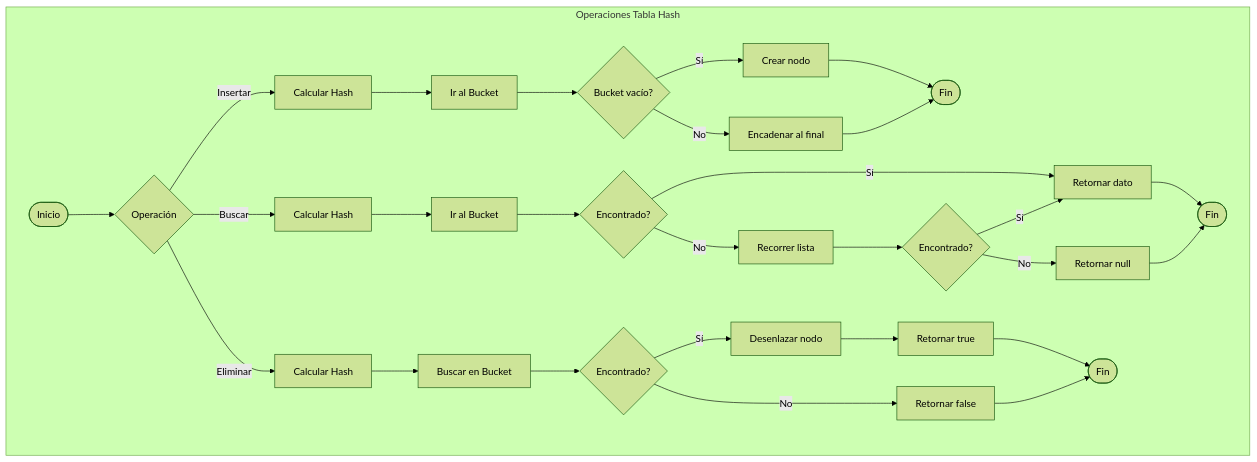
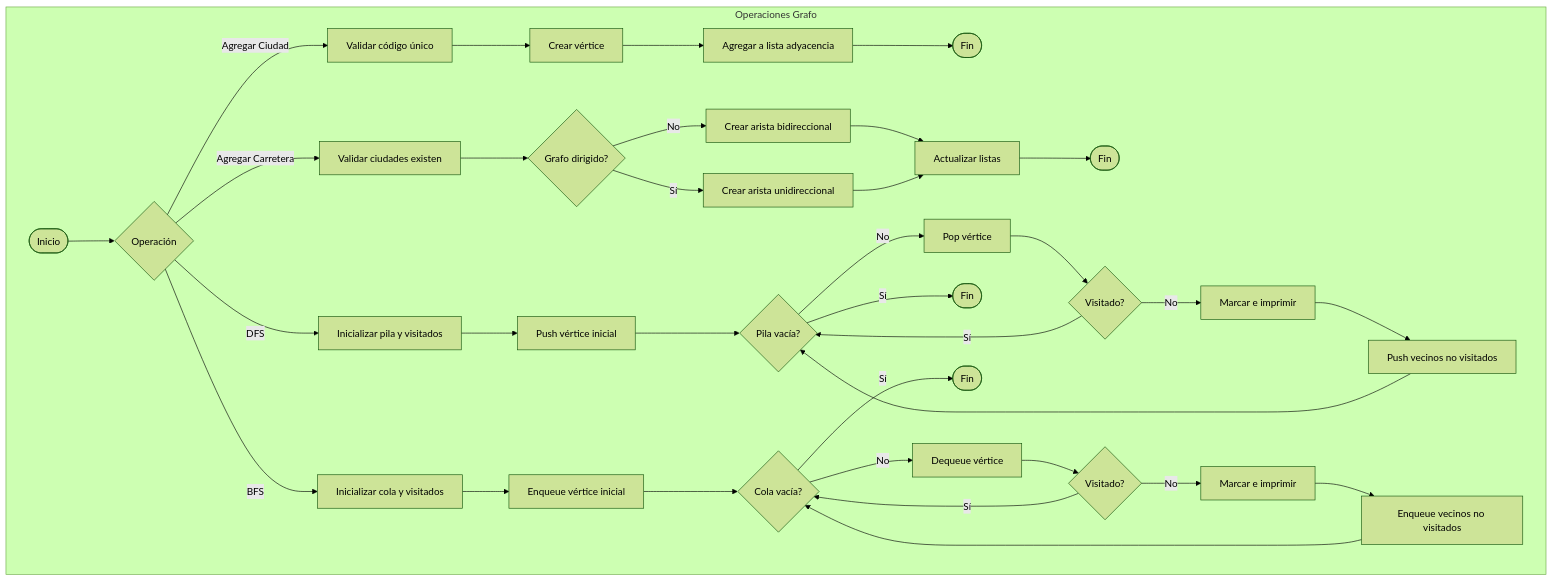
Before and after one commit to rraulherediaa/PracticasEstructurasDatos: the fifth of 10 diagrams in MERMAID.md, drawn with Mermaid (forest theme). The commit also changed other lines of this file and 3 other files, not shown here.

Commit message:
Practica 9: Implementación de Grafos - Red de conexiones entre ciudades con DFS y BFS

````diff
--- a/MERMAID.md
+++ b/MERMAID.md
@@ -78,34 +118,41 @@
 ```mermaid
 flowchart TD
-    subgraph "Operaciones Tabla Hash"
+    subgraph "Operaciones Grafo"
         Start([Inicio]) --> Op{Operación}
         
-        Op -->|Insertar| Insert[Calcular Hash]
-        Insert --> Insert2[Ir al Bucket]
-        Insert2 --> Insert3{Bucket vacío?}
-        Insert3 -->|Sí| Insert4[Crear nodo]
-        Insert3 -->|No| Insert5[Encadenar al final]
-        Insert4 --> End1([Fin])
-        Insert5 --> End1
+        Op -->|Agregar Ciudad| AddV[Validar código único]
+        AddV --> AddV2[Crear vértice]
+        AddV2 --> AddV3[Agregar a lista adyacencia]
+        AddV3 --> End1([Fin])
         
-        Op -->|Buscar| Search[Calcular Hash]
-        Search --> Search2[Ir al Bucket]
-        Search2 --> Search3{Encontrado?}
-        Search3 -->|Sí| Search4[Retornar dato]
-        Search3 -->|No| Search5[Recorrer lista]
-        Search5 --> Search6{Encontrado?}
-        Search6 -->|Sí| Search4
-        Search6 -->|No| Search7[Retornar null]
-        Search4 --> End2([Fin])
-        Search7 --> End2
+        Op -->|Agregar Carretera| AddE[Validar ciudades existen]
+        AddE --> AddE2{Grafo dirigido?}
+        AddE2 -->|No| AddE3[Crear arista bidireccional]
+        AddE2 -->|Sí| AddE4[Crear arista unidireccional]
+        AddE3 --> AddE5[Actualizar listas]
+        AddE4 --> AddE5
+        AddE5 --> End2([Fin])
         
-        Op -->|Eliminar| Delete[Calcular Hash]
-        Delete --> Delete2[Buscar en Bucket]
-        Delete2 --> Delete3{Encontrado?}
-        Delete3 -->|Sí| Delete4[Desenlazar nodo]
-        Delete3 -->|No| Delete5[Retornar false]
-        Delete4 --> Delete6[Retornar true]
-        Delete6 --> End3([Fin])
-        Delete5 --> End3
+        Op -->|DFS| DFS1[Inicializar pila y visitados]
+        DFS1 --> DFS2[Push vértice inicial]
+        DFS2 --> DFS3{Pila vacía?}
+        DFS3 -->|No| DFS4[Pop vértice]
+        DFS4 --> DFS5{Visitado?}
+        DFS5 -->|No| DFS6[Marcar e imprimir]
+        DFS6 --> DFS7[Push vecinos no visitados]
+        DFS7 --> DFS3
+        DFS5 -->|Sí| DFS3
+        DFS3 -->|Sí| End3([Fin])
+        
+        Op -->|BFS| BFS1[Inicializar cola y visitados]
+        BFS1 --> BFS2[Enqueue vértice inicial]
+        BFS2 --> BFS3{Cola vacía?}
+        BFS3 -->|No| BFS4[Dequeue vértice]
+        BFS4 --> BFS5{Visitado?}
+        BFS5 -->|No| BFS6[Marcar e imprimir]
+        BFS6 --> BFS7[Enqueue vecinos no visitados]
+        BFS7 --> BFS3
+        BFS5 -->|Sí| BFS3
+        BFS3 -->|Sí| End4([Fin])
     end
 ```
````
